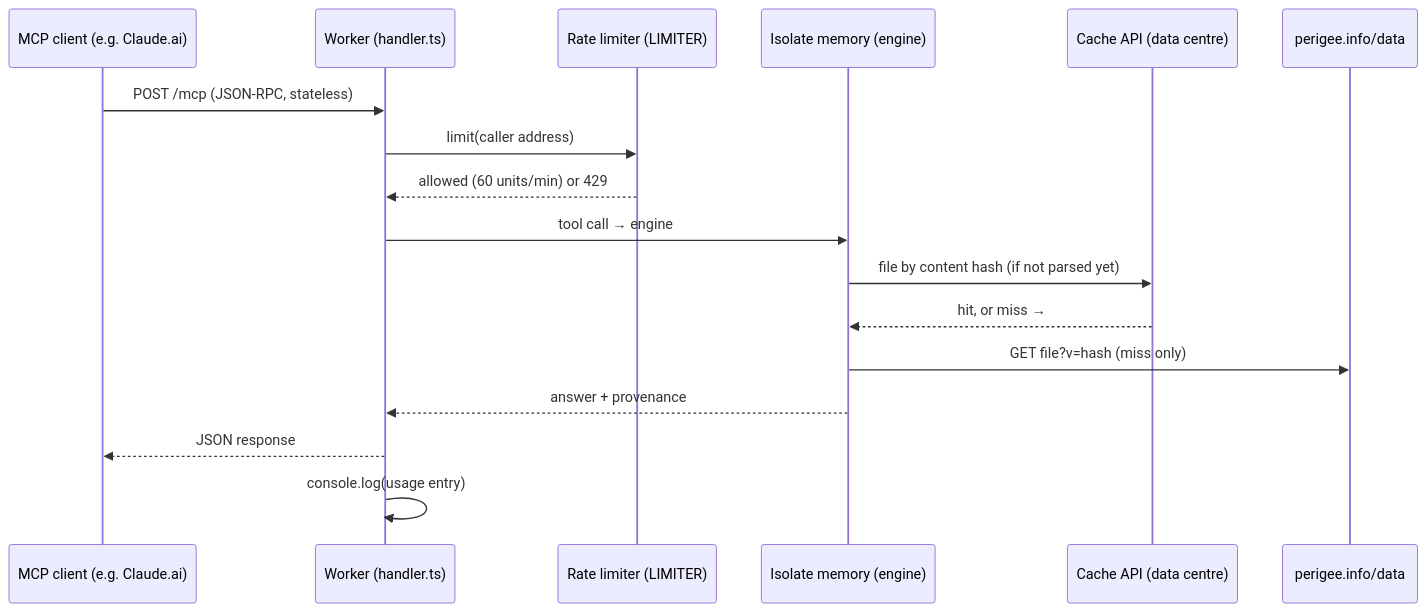
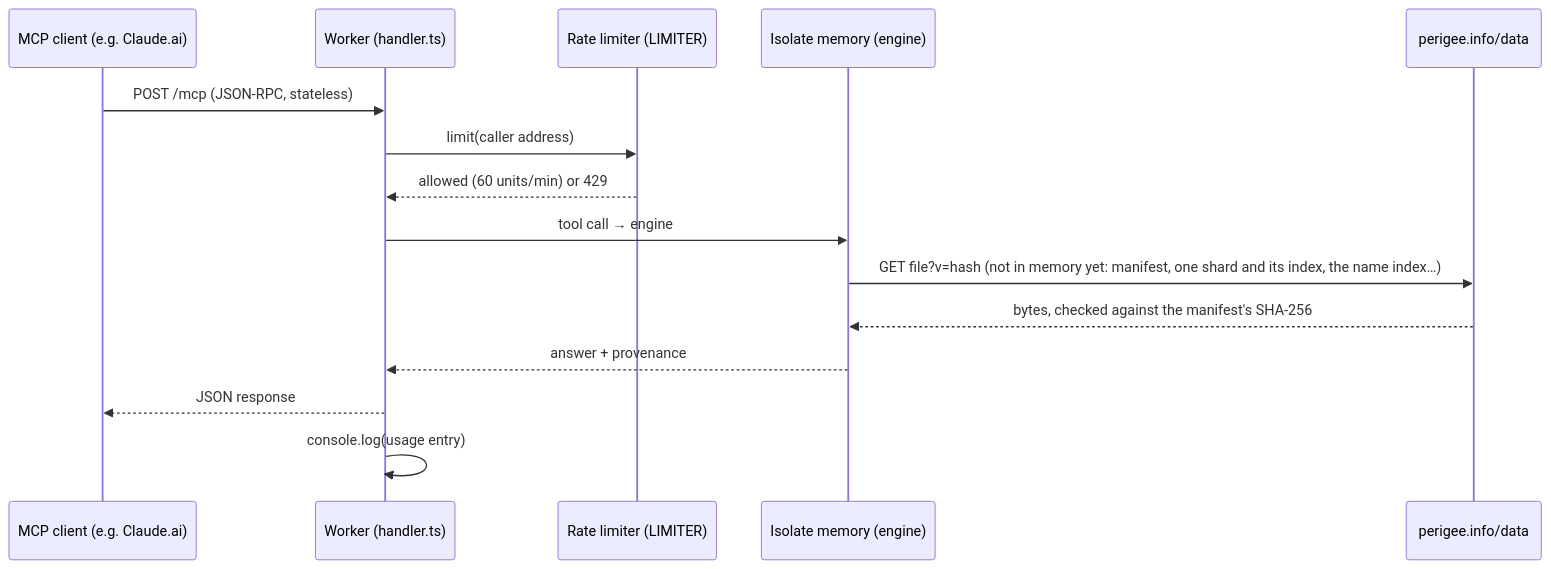
One commit to dlamarre-dev/Perigee changed the third of 3 diagrams in docs/machine-interface.md. Above: the diagram before and after it, drawn with Mermaid. The commit also changed other lines of this file and 21 other files, not shown here.

````diff
--- a/docs/machine-interface.md
+++ b/docs/machine-interface.md
@@ -155,19 +155,17 @@
 ```mermaid
 sequenceDiagram
   participant C as MCP client (e.g. Claude.ai)
   participant W as Worker (handler.ts)
   participant L as Rate limiter (LIMITER)
   participant M as Isolate memory (engine)
-  participant K as Cache API (data centre)
   participant P as perigee.info/data
   C->>W: POST /mcp (JSON-RPC, stateless)
   W->>L: limit(caller address)
   L-->>W: allowed (60 units/min) or 429
   W->>M: tool call → engine
-  M->>K: file by content hash (if not parsed yet)
-  K-->>M: hit, or miss →
-  M->>P: GET file?v=hash (miss only)
+  M->>P: GET file?v=hash (not in memory yet: manifest, one shard and its index, the name index…)
+  P-->>M: bytes, checked against the manifest's SHA-256
   M-->>W: answer + provenance
   W-->>C: JSON response
   W->>W: console.log(usage entry)
 ```
````
